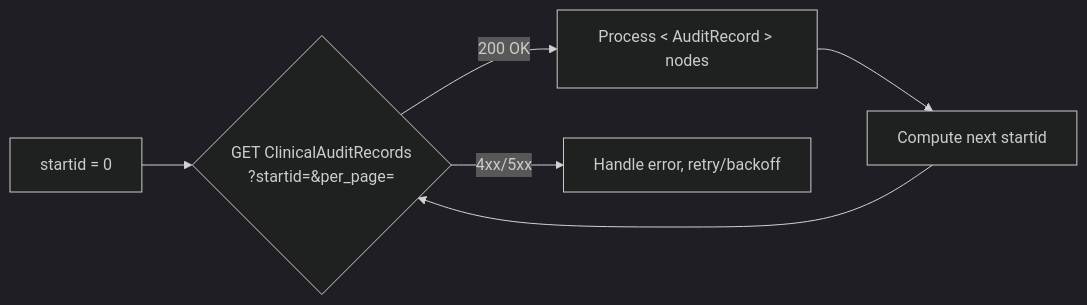
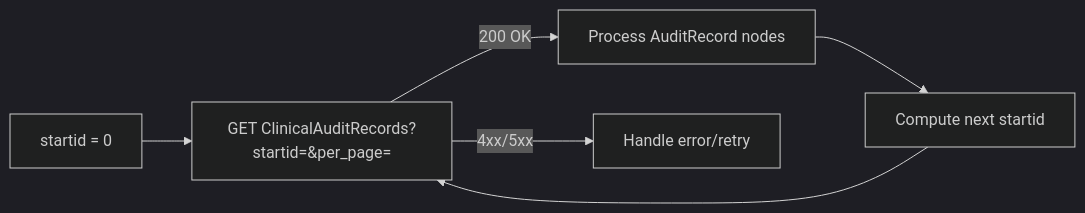
Before and after one commit to mecster09/rave-sim: the fifth of 6 diagrams in docs/rws-visual-companion.md, drawn with Mermaid (dark theme). The commit also changed other lines of this file, not shown here.

````diff
--- a/docs/rws-visual-companion.md
+++ b/docs/rws-visual-companion.md
@@ -186,8 +169,8 @@
 ```mermaid
 flowchart LR
-  S[startid = 0] --> Q{GET ClinicalAuditRecords<br/>?startid=&per_page=}
-  Q -->|200 OK| P[Process < AuditRecord > nodes]
+  S[startid = 0] --> Q[GET ClinicalAuditRecords?startid=&per_page=]
+  Q -->|200 OK| P[Process AuditRecord nodes]
   P --> N[Compute next startid]
   N --> Q
-  Q -->|4xx/5xx| E[Handle error, retry/backoff]
+  Q -->|4xx/5xx| E[Handle error/retry]
 ```
````
